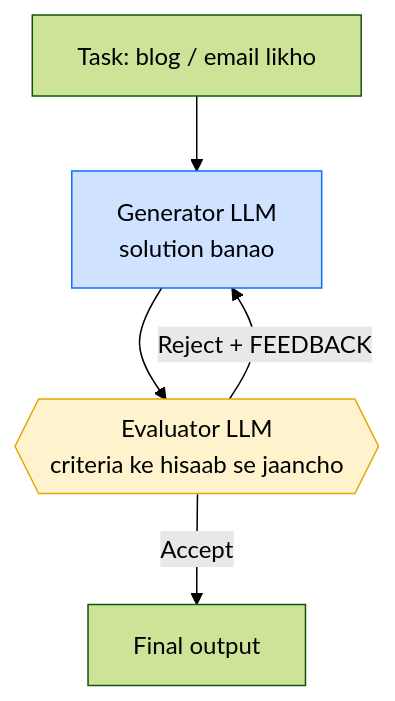
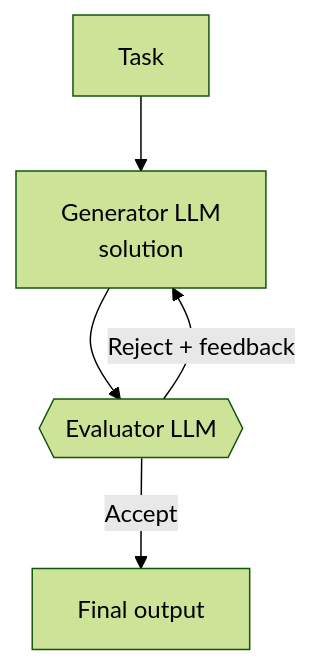
Before and after one commit to pallav2712/langGraph-campusx-notes: the eighth of 18 diagrams in V04-LangGraph core concepts/README.md, drawn with Mermaid (forest theme). The commit also changed other lines of this file, not shown here.

Commit message:
v04 langGraph core concepts updated graphs and notes balanced

````diff
--- a/V04-LangGraph core concepts/README.md
+++ b/V04-LangGraph core concepts/README.md
@@ -211,9 +209,6 @@
 ```mermaid
 flowchart TD
-    T["Task: blog / email likho"] --> GEN["Generator LLM<br/>solution banao"]
-    GEN --> EV{{"Evaluator LLM<br/>criteria ke hisaab se jaancho"}}
-    EV -- "Accept" --> OUT["Final output"]
-    EV -- "Reject + FEEDBACK" --> GEN
-    style GEN fill:#cfe2ff,stroke:#0d6efd,color:#000
-    style EV fill:#fff3cd,stroke:#e0a800,color:#000
+    T["Task"] --> G["Generator LLM<br/>solution"] --> E{{"Evaluator LLM"}}
+    E -- "Accept" --> O["Final output"]
+    E -- "Reject + feedback" --> G
 ```
````
